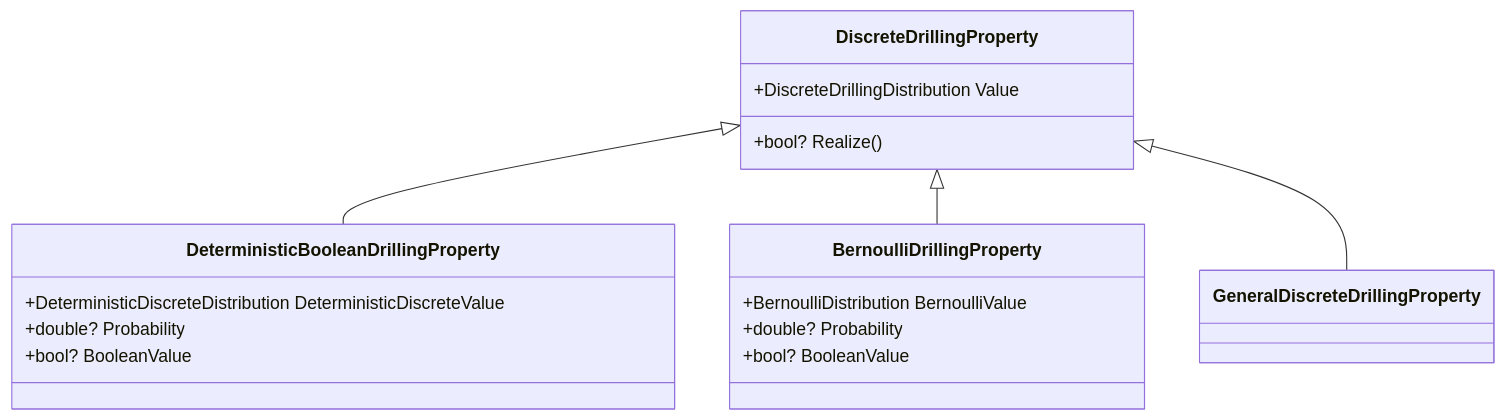
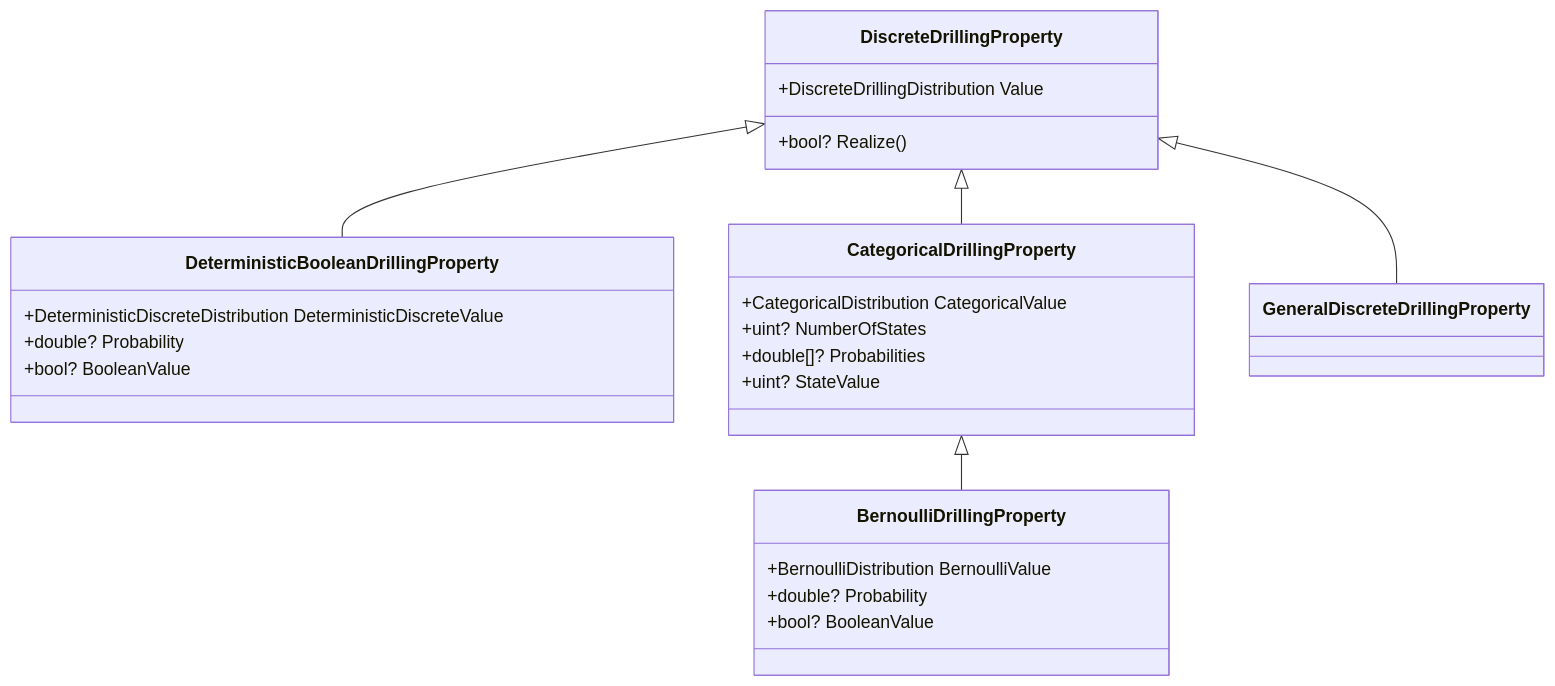
The third of 10 diagrams in OSDC.DotnetLibraries.General/OSDC.DotnetLibraries.Drilling.DrillingProperties/readme.md (Open-Source-Drilling-Community/DotNetLibraries), drawn with Mermaid before and after one commit. The commit also changed other lines of this file and 17 other files, not shown here.

````diff
--- a/OSDC.DotnetLibraries.General/OSDC.DotnetLibraries.Drilling.DrillingProperties/readme.md
+++ b/OSDC.DotnetLibraries.General/OSDC.DotnetLibraries.Drilling.DrillingProperties/readme.md
@@ -194,21 +199,28 @@
 ```mermaid
 classDiagram
     DiscreteDrillingProperty <|-- DeterministicBooleanDrillingProperty
-    DiscreteDrillingProperty <|-- BernoulliDrillingProperty
+    DiscreteDrillingProperty <|-- CategoricalDrillingProperty
     DiscreteDrillingProperty <|-- GeneralDiscreteDrillingProperty
     DiscreteDrillingProperty : +DiscreteDrillingDistribution Value
     DiscreteDrillingProperty : +bool? Realize()
+    CategoricalDrillingProperty <|-- BernoulliDrillingProperty
+    class CategoricalDrillingProperty {
+      +CategoricalDistribution CategoricalValue
+      +uint? NumberOfStates
+      +double[]? Probabilities
+      +uint? StateValue
+    }
     class DeterministicBooleanDrillingProperty {
         +DeterministicDiscreteDistribution DeterministicDiscreteValue
         +double? Probability
         +bool? BooleanValue
     }
     class BernoulliDrillingProperty {
         +BernoulliDistribution BernoulliValue
         +double? Probability
         +bool? BooleanValue
     }
     class GeneralDiscreteDrillingProperty {
     }
 end
 ```
````
